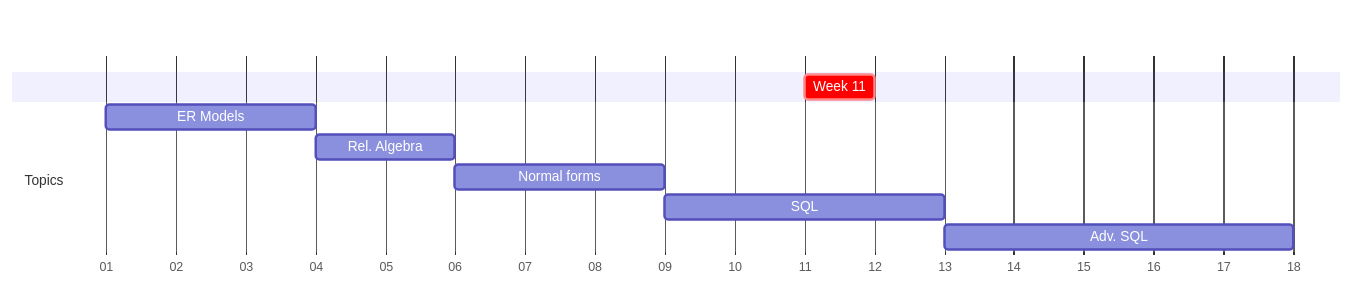
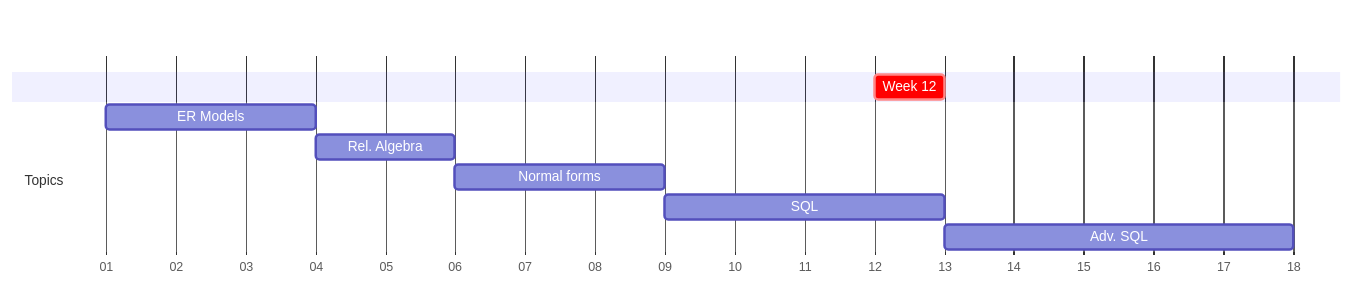
The diagram in fa2024/lectures/week-mermaid.mmd (lowkeylabs/cmsc408-course-admin), drawn with Mermaid before and after one commit. The commit also changed 55 other files, not shown here.

```diff
--- a/fa2024/lectures/week-mermaid.mmd
+++ b/fa2024/lectures/week-mermaid.mmd
@@ -1,14 +1,14 @@
 
 gantt
     dateFormat  M/DD/YYYY
     axisFormat  %W
 
     section    
-    Week 11 : crit, weekblock, 3/17/2024, 1w
+    Week 12 : crit, weekblock, 3/24/2024, 1w
 
     section Topics
     ER Models : m1, 1/7/2024, 3w
     Rel. Algebra: m4, after m1, 2w
     Normal forms: m5, after m4, 3w
     SQL : m6, after m5, 4w
     Adv. SQL: m7, after m6, 5w
```
